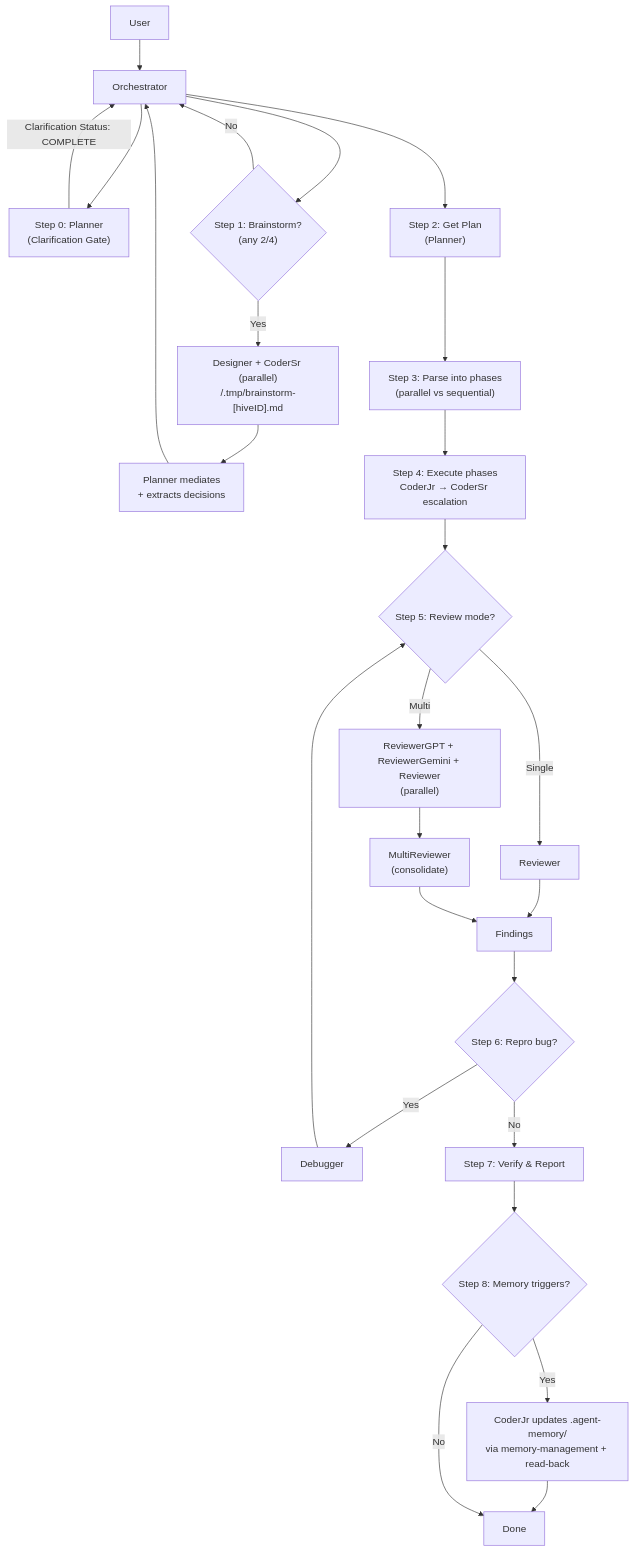
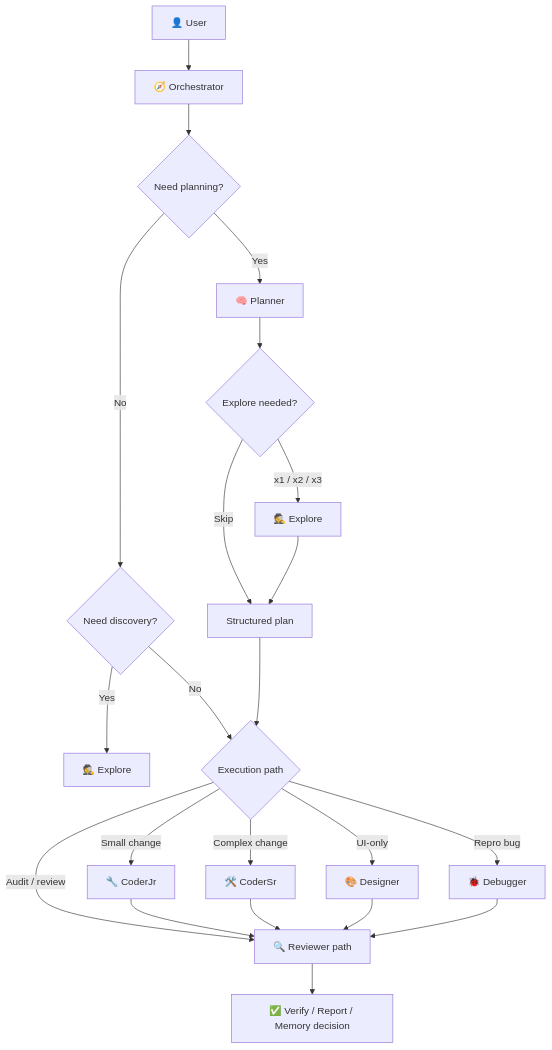
Before and after one commit to annguyen209/copilot-agentic-workflows: the first of 3 diagrams in README.md, drawn with Mermaid. The commit also changed other lines of this file, not shown here.

Commit message:
feat: Revise README for clarity and structure, enhancing agent workflow descriptions and repository layout

````diff
--- a/README.md
+++ b/README.md
@@ -139,34 +152,31 @@
 ```mermaid
 flowchart TD
-    U["User"] --> O["Orchestrator"]
+    U["👤 User"] --> O["🧭 Orchestrator"]
 
-    O --> P["Step 0: Planner<br/>(Clarification Gate)"]
-    P -->|"Clarification Status: COMPLETE"| O
+    O --> R{"Need planning?"}
+    R -- "Yes" --> P["🧠 Planner"]
+    R -- "No" --> X{"Need discovery?"}
 
-    O --> B{"Step 1: Brainstorm?<br/>(any 2/4)"}
-    B -- "Yes" --> MESH["Designer + CoderSr (parallel)<br/>/.tmp/brainstorm-[hiveID].md"]
-    MESH --> PM["Planner mediates<br/>+ extracts decisions"]
-    PM --> O
-    B -- "No" --> O
+    P --> E{"Explore needed?"}
+    E -- "Skip" --> P2["Structured plan"]
+    E -- "x1 / x2 / x3" --> EX["🕵️ Explore"]
+    EX --> P2
 
-    O --> PL["Step 2: Get Plan<br/>(Planner)"]
-    PL --> PH["Step 3: Parse into phases<br/>(parallel vs sequential)"]
+    X -- "Yes" --> EX2["🕵️ Explore"]
+    X -- "No" --> EXEC{"Execution path"}
 
-    PH --> EXE["Step 4: Execute phases<br/>CoderJr → CoderSr escalation"]
-    EXE --> RV{"Step 5: Review mode?"}
-    RV -- "Single" --> R1["Reviewer"]
-    RV -- "Multi" --> R3["ReviewerGPT + ReviewerGemini + Reviewer<br/>(parallel)"]
-    R3 --> MR["MultiReviewer<br/>(consolidate)"]
-    R1 --> OUTR["Findings"]
-    MR --> OUTR
+    P2 --> EXEC
 
-    OUTR --> BUG{"Step 6: Repro bug?"}
-    BUG -- "Yes" --> DBG["Debugger"]
+    EXEC -- "Small change" --> CJ["🔧 CoderJr"]
+    EXEC -- "Complex change" --> CS["🛠️ CoderSr"]
+    EXEC -- "UI-only" --> D["🎨 Designer"]
+    EXEC -- "Repro bug" --> DBG["🐞 Debugger"]
+    EXEC -- "Audit / review" --> RV["🔍 Reviewer path"]
+
+    CJ --> RV
+    CS --> RV
+    D --> RV
     DBG --> RV
-    BUG -- "No" --> VER["Step 7: Verify & Report"]
 
-    VER --> MEM{"Step 8: Memory triggers?"}
-    MEM -- "Yes" --> MJ["CoderJr updates .agent-memory/<br/>via memory-management + read-back"]
-    MJ --> DONE["Done"]
-    MEM -- "No" --> DONE
+    RV --> DONE["✅ Verify / Report / Memory decision"]
 ```
````
